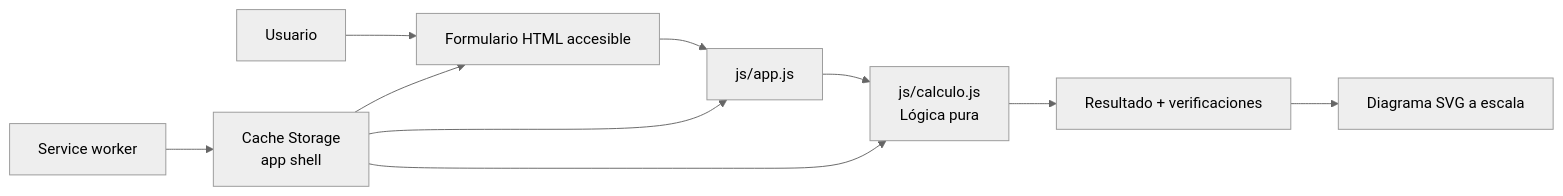
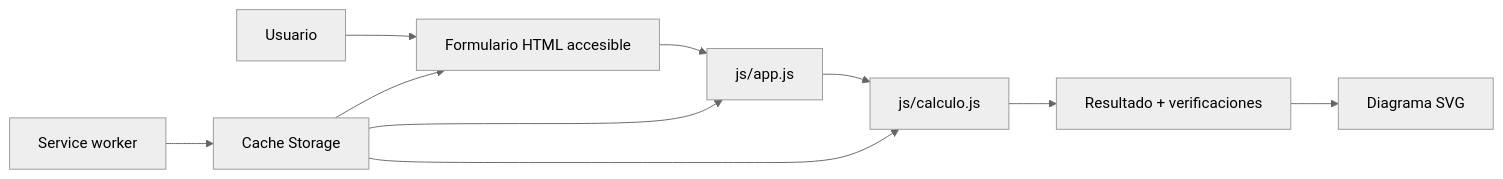
One commit to ErickrU/calculadora-varillas-pwa changed the first of 2 diagrams in docs/ARCHITECTURE.md. Above: the diagram before and after it, drawn with Mermaid (neutral theme). The commit also changed other lines of this file and 17 other files, not shown here.

````diff
--- a/docs/ARCHITECTURE.md
+++ b/docs/ARCHITECTURE.md
@@ -11,12 +7,12 @@
 ```mermaid
 flowchart LR
     U[Usuario] --> F[Formulario HTML accesible]
     F --> UI[js/app.js]
-    UI --> C[js/calculo.js\nLógica pura]
+    UI --> C[js/calculo.js]
     C --> R[Resultado + verificaciones]
-    R --> D[Diagrama SVG a escala]
-    SW[Service worker] --> CACHE[Cache Storage\napp shell]
+    R --> D[Diagrama SVG]
+    SW[Service worker] --> CACHE[Cache Storage]
     CACHE --> F
     CACHE --> UI
     CACHE --> C
 ```
````
